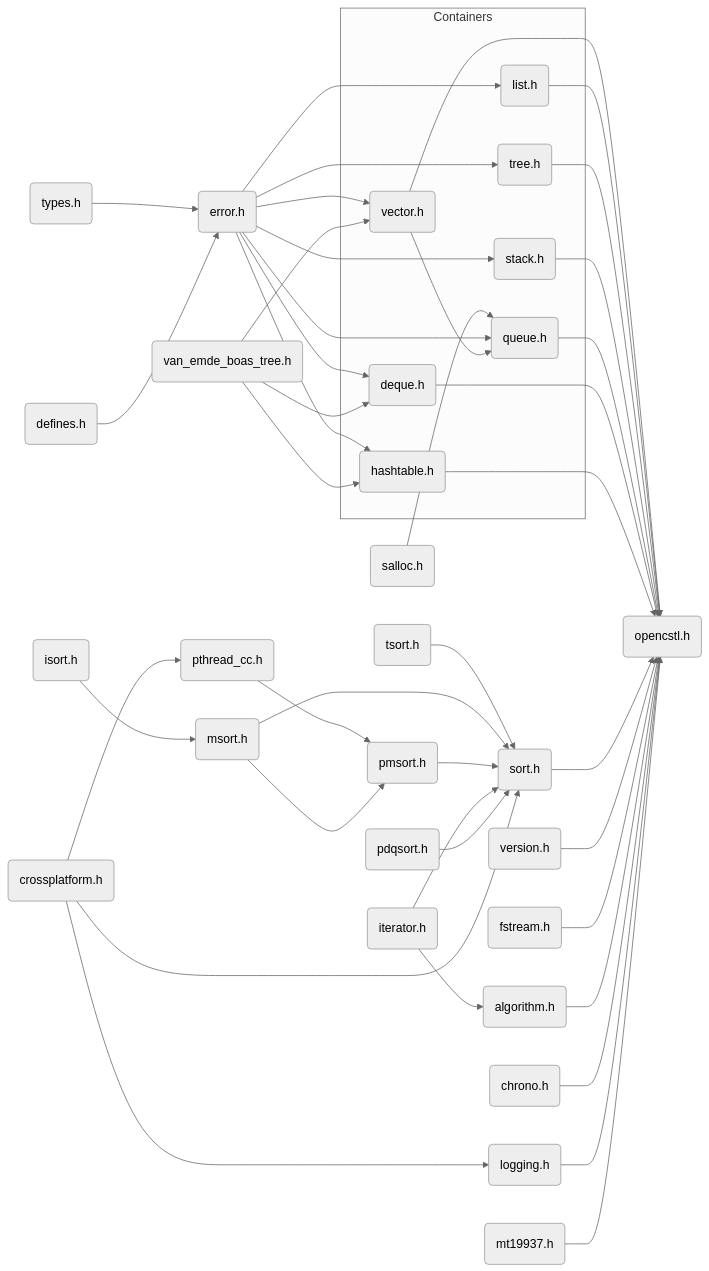
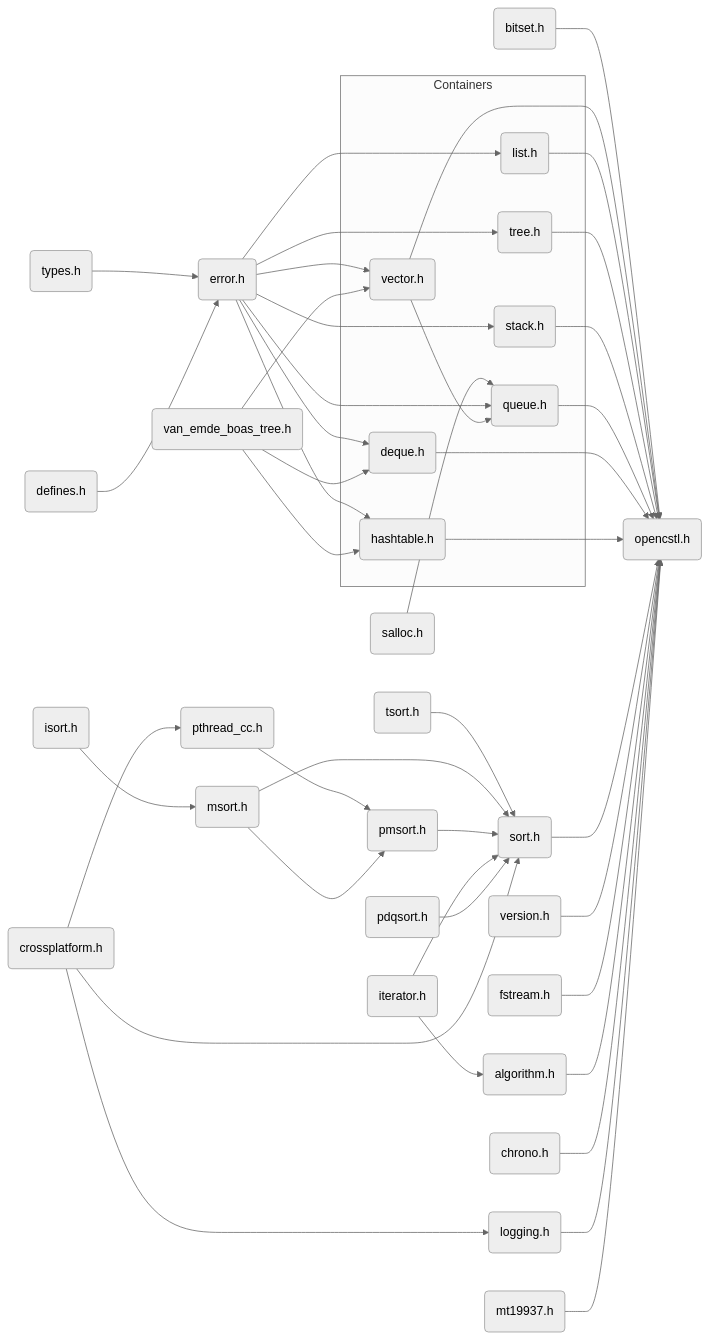
Before and after one commit to springkim/OpenCSTL: the diagram in README.md, drawn with Mermaid (neutral theme). The commit also changed other lines of this file and 9 other files, not shown here.

````diff
--- a/README.md
+++ b/README.md
@@ -165,55 +166,56 @@
 ```mermaid
 
   flowchart LR
       T(types.h) --> E(error.h)
       D(defines.h) --> E(error.h)
       C(crossplatform.h) --> L(logging.h)
       C(crossplatform.h) --> PTHREADCC(pthread_cc.h)
       E(error.h) --> V(vector.h)
       E(error.h) --> LST(list.h)
       E(error.h) --> S(stack.h)
       SALLOC(salloc.h) --> Q(queue.h)
       E(error.h) --> Q(queue.h)
       V(vector.h) --> Q(queue.h)
       E(error.h) --> TREE(tree.h)
       E(error.h) --> DQ(deque.h)
       E(error.h) --> H(hashtable.h)
       VEBT(van_emde_boas_tree.h) --> H(hashtable.h)
       VEBT(van_emde_boas_tree.h) --> V(vector.h)
       VEBT(van_emde_boas_tree.h) --> DQ(deque.h)
 
       subgraph CONTAINERS[Containers]
           V(vector.h)
           LST(list.h)
           S(stack.h)
           Q(queue.h)
           TREE(tree.h)
           DQ(deque.h)
           H(hashtable.h)
       end
 
+			B(bitset.h) --> OCSTL(opencstl.h)
       V(vector.h) --> OCSTL(opencstl.h)
       LST(list.h) --> OCSTL(opencstl.h)
       TREE(tree.h) --> OCSTL(opencstl.h)
       S(stack.h) --> OCSTL(opencstl.h)
       Q(queue.h) --> OCSTL(opencstl.h)
       DQ(deque.h) --> OCSTL(opencstl.h)
       H(hashtable.h) --> OCSTL(opencstl.h)
       ISORT(isort.h) --> MSORT(msort.h)
       TSORT(tsort.h) --> SORT(sort.h)
       MSORT(msort.h) --> SORT(sort.h)
       PTHREADCC(pthread_cc.h) --> PMSORT(pmsort.h)
       MSORT(msort.h) --> PMSORT(pmsort.h)
       PMSORT(pmsort.h) --> SORT(sort.h)
       ITER(iterator.h) --> SORT(sort.h)
       ITER(iterator.h) --> ALGO(algorithm.h)
       PDQSORT(pdqsort.h) --> SORT(sort.h)
       C(crossplatform.h) --> SORT(sort.h)
       SORT(sort.h) --> OCSTL(opencstl.h)
       VER(version.h) --> OCSTL(opencstl.h)
       FS(fstream.h) --> OCSTL(opencstl.h)
       ALGO(algorithm.h) --> OCSTL(opencstl.h)
       WATCH(chrono.h) --> OCSTL(opencstl.h)
       L(logging.h) --> OCSTL(opencstl.h)
       MT(mt19937.h) --> OCSTL(opencstl.h)
 ```
````
